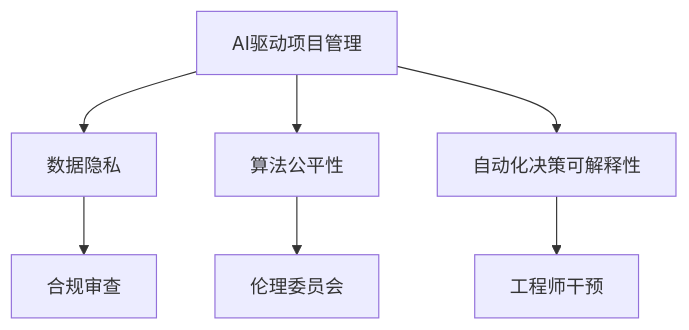
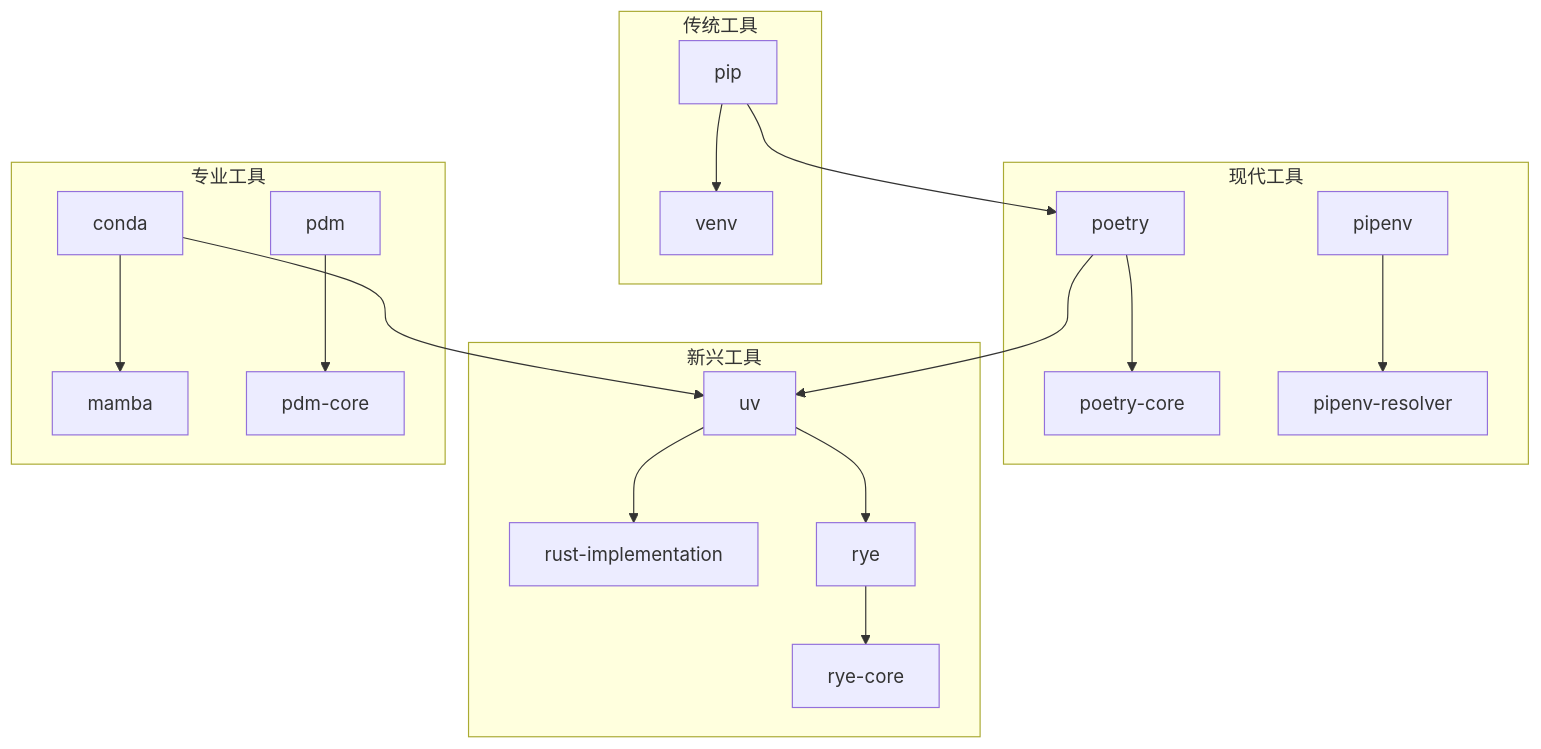
Before and after one commit to AdaMartin18010/python: the second of 2 diagrams in docs/model/Programming_Language/python_project_management.md, drawn with Mermaid. The commit also changed other lines of this file and 17 other files, not shown here.

````diff
--- a/docs/model/Programming_Language/python_project_management.md
+++ b/docs/model/Programming_Language/python_project_management.md
@@ -682,9 +618,26 @@
 ```mermaid
-graph TD
-    A[AI驱动项目管理] --> B[数据隐私]
-    A --> C[算法公平性]
-    A --> D[自动化决策可解释性]
-    B --> E[合规审查]
-    C --> F[伦理委员会]
-    D --> G[工程师干预]
+graph TB
+    subgraph "传统工具"
+        A[pip] --> B[venv]
+    end
+    
+    subgraph "现代工具"
+        C[poetry] --> D[poetry-core]
+        E[pipenv] --> F[pipenv-resolver]
+    end
+    
+    subgraph "新兴工具"
+        G[uv] --> H[rust-implementation]
+        I[rye] --> J[rye-core]
+    end
+    
+    subgraph "专业工具"
+        K[conda] --> L[mamba]
+        M[pdm] --> N[pdm-core]
+    end
+    
+    A --> C
+    C --> G
+    G --> I
+    K --> G
 ```
````
